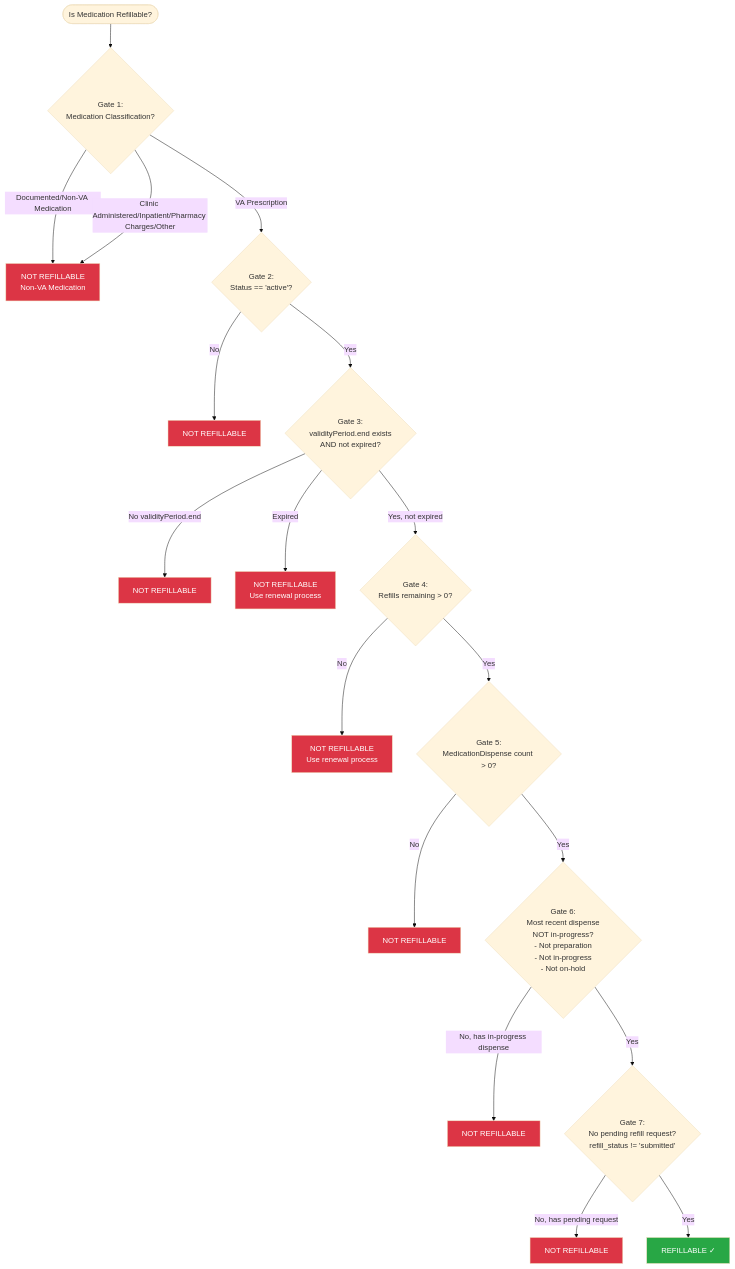
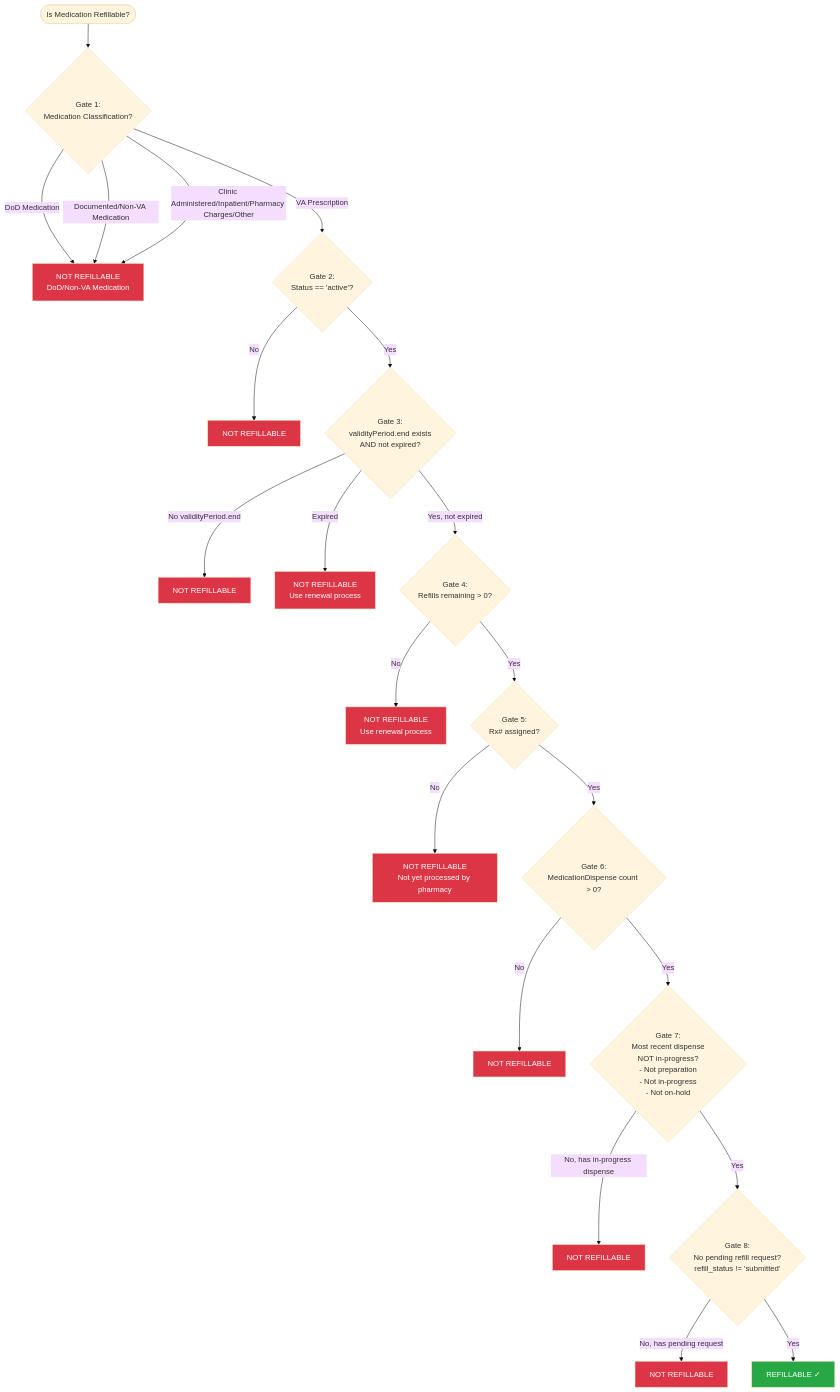
The diagram in products/health-care/digital-health-modernization/mhv-to-va.gov/medications/requirements/oracle_health_refillability_spec.md (Ninjaneer321/va.gov-team), drawn with Mermaid (base theme) before and after one commit. The commit also changed other lines of this file, not shown here.

First line of the commit message:
Update refillability spec: add Rx# gate, DoD exclusion, and on-file future note

````diff
--- a/products/health-care/digital-health-modernization/mhv-to-va.gov/medications/requirements/oracle_health_refillability_spec.md
+++ b/products/health-care/digital-health-modernization/mhv-to-va.gov/medications/requirements/oracle_health_refillability_spec.md
@@ -144,44 +164,50 @@
 ```mermaid
 flowchart TD
     Start([Is Medication Refillable?]) --> Gate1
 
     Gate1{Gate 1:<br/>Medication Classification?}
-    Gate1 -->|Documented/Non-VA Medication| NotRefillable1[NOT REFILLABLE<br/>Non-VA Medication]
+    Gate1 -->|DoD Medication| NotRefillable1[NOT REFILLABLE<br/>DoD/Non-VA Medication]
+    Gate1 -->|Documented/Non-VA Medication| NotRefillable1
     Gate1 -->|Clinic Administered/Inpatient/Pharmacy Charges/Other| NotRefillable1
     Gate1 -->|VA Prescription| Gate2
 
     Gate2{Gate 2:<br/>Status == 'active'?}
     Gate2 -->|No| NotRefillable2[NOT REFILLABLE]
     Gate2 -->|Yes| Gate3
 
     Gate3{Gate 3:<br/>validityPeriod.end exists<br/>AND not expired?}
     Gate3 -->|No validityPeriod.end| NotRefillable3a[NOT REFILLABLE]
     Gate3 -->|Expired| NotRefillable3b[NOT REFILLABLE<br/>Use renewal process]
     Gate3 -->|Yes, not expired| Gate4
 
     Gate4{Gate 4:<br/>Refills remaining > 0?}
     Gate4 -->|No| NotRefillable4[NOT REFILLABLE<br/>Use renewal process]
     Gate4 -->|Yes| Gate5
 
-    Gate5{Gate 5:<br/>MedicationDispense count > 0?}
-    Gate5 -->|No| NotRefillable5[NOT REFILLABLE]
+    Gate5{Gate 5:<br/>Rx# assigned?}
+    Gate5 -->|No| NotRefillable5[NOT REFILLABLE<br/>Not yet processed by pharmacy]
     Gate5 -->|Yes| Gate6
 
-    Gate6{Gate 6:<br/>Most recent dispense<br/>NOT in-progress?<br/>- Not preparation<br/>- Not in-progress<br/>- Not on-hold}
-    Gate6 -->|No, has in-progress dispense| NotRefillable6[NOT REFILLABLE]
+    Gate6{Gate 6:<br/>MedicationDispense count > 0?}
+    Gate6 -->|No| NotRefillable6[NOT REFILLABLE]
     Gate6 -->|Yes| Gate7
 
-    Gate7{Gate 7:<br/>No pending refill request?<br/>refill_status != 'submitted'}
-    Gate7 -->|No, has pending request| NotRefillable7[NOT REFILLABLE]
-    Gate7 -->|Yes| Refillable[REFILLABLE ✓]
+    Gate7{Gate 7:<br/>Most recent dispense<br/>NOT in-progress?<br/>- Not preparation<br/>- Not in-progress<br/>- Not on-hold}
+    Gate7 -->|No, has in-progress dispense| NotRefillable7[NOT REFILLABLE]
+    Gate7 -->|Yes| Gate8
+
+    Gate8{Gate 8:<br/>No pending refill request?<br/>refill_status != 'submitted'}
+    Gate8 -->|No, has pending request| NotRefillable8[NOT REFILLABLE]
+    Gate8 -->|Yes| Refillable[REFILLABLE ✓]
 
     style Refillable fill:#28a745,color:#fff
     style NotRefillable1 fill:#dc3545,color:#fff
     style NotRefillable2 fill:#dc3545,color:#fff
     style NotRefillable3a fill:#dc3545,color:#fff
     style NotRefillable3b fill:#dc3545,color:#fff
     style NotRefillable4 fill:#dc3545,color:#fff
     style NotRefillable5 fill:#dc3545,color:#fff
     style NotRefillable6 fill:#dc3545,color:#fff
     style NotRefillable7 fill:#dc3545,color:#fff
+    style NotRefillable8 fill:#dc3545,color:#fff
 ```
````
